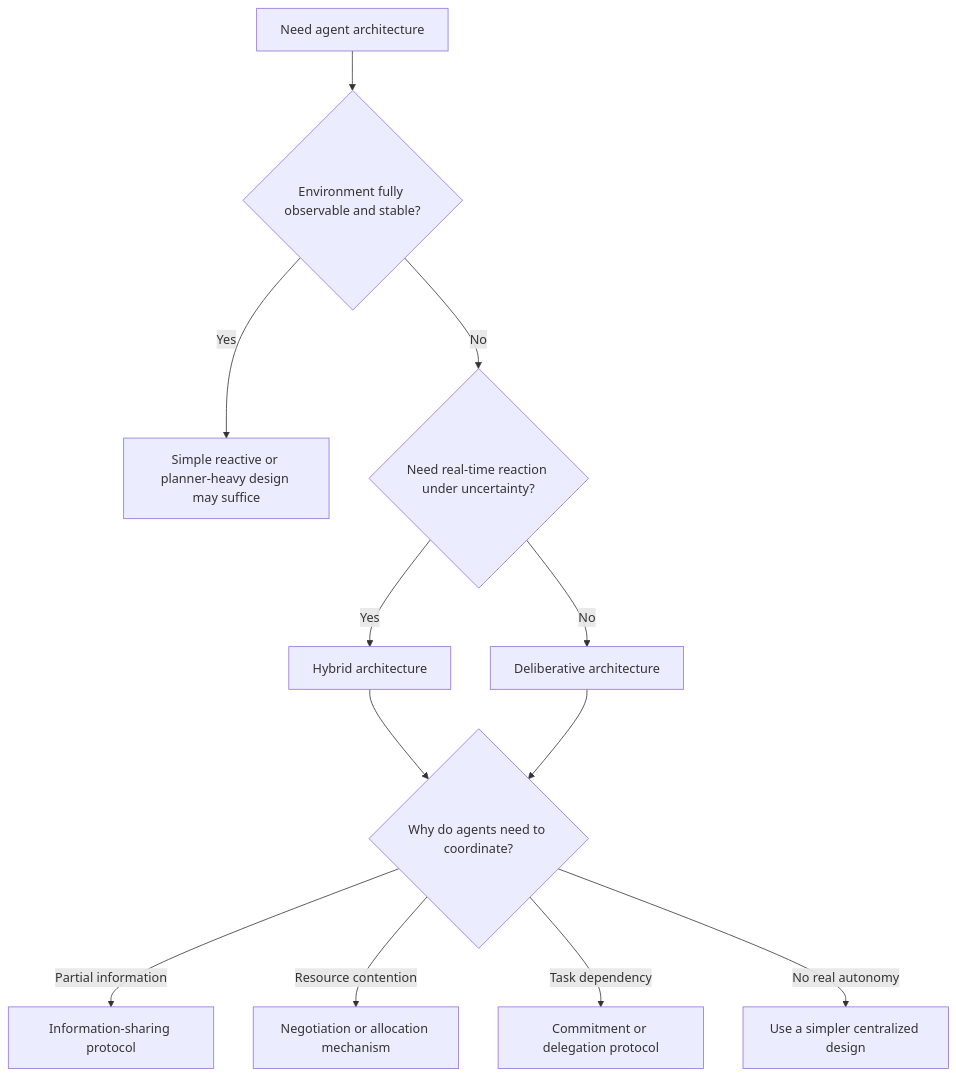
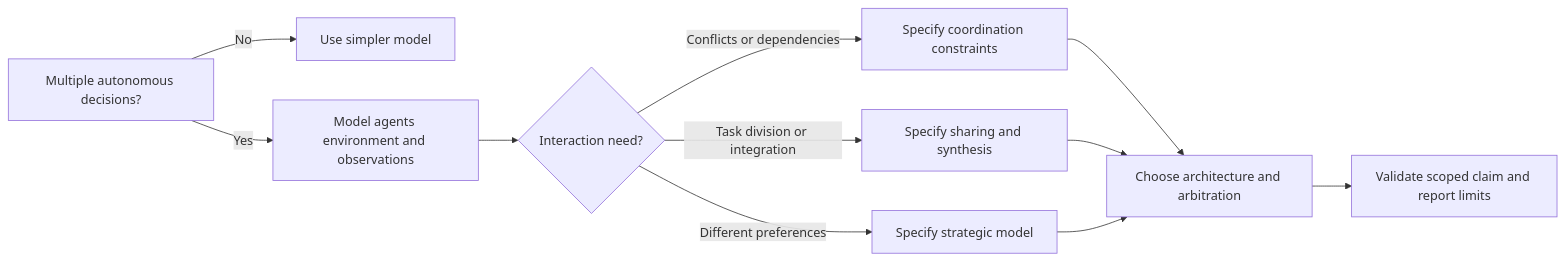
One commit to curiositech/port-daddy changed the first of 2 diagrams in skills/ai-wiley-wooldridge-an-introduction-to-multi-agent-systems/SKILL.md. Above: the diagram before and after it, drawn with Mermaid. The commit also changed other lines of this file and 1782 other files, not shown here.

````diff
--- a/skills/ai-wiley-wooldridge-an-introduction-to-multi-agent-systems/SKILL.md
+++ b/skills/ai-wiley-wooldridge-an-introduction-to-multi-agent-systems/SKILL.md
@@ -82,14 +25,13 @@
 ```mermaid
-flowchart TD
-  A[Need agent architecture] --> B{Environment fully observable and stable?}
-  B -->|Yes| C[Simple reactive or planner-heavy design may suffice]
-  B -->|No| D{Need real-time reaction under uncertainty?}
-  D -->|Yes| E[Hybrid architecture]
-  D -->|No| F[Deliberative architecture]
-  E --> G{Why do agents need to coordinate?}
-  F --> G
-  G -->|Partial information| H[Information-sharing protocol]
-  G -->|Resource contention| I[Negotiation or allocation mechanism]
-  G -->|Task dependency| J[Commitment or delegation protocol]
-  G -->|No real autonomy| K[Use a simpler centralized design]
+flowchart LR
+  Q[Multiple autonomous decisions?] -->|No| S[Use simpler model]
+  Q -->|Yes| E[Model agents environment and observations]
+  E --> I{Interaction need?}
+  I -->|Conflicts or dependencies| C[Specify coordination constraints]
+  I -->|Task division or integration| T[Specify sharing and synthesis]
+  I -->|Different preferences| G[Specify strategic model]
+  C --> A[Choose architecture and arbitration]
+  T --> A
+  G --> A
+  A --> V[Validate scoped claim and report limits]
 ```
````
